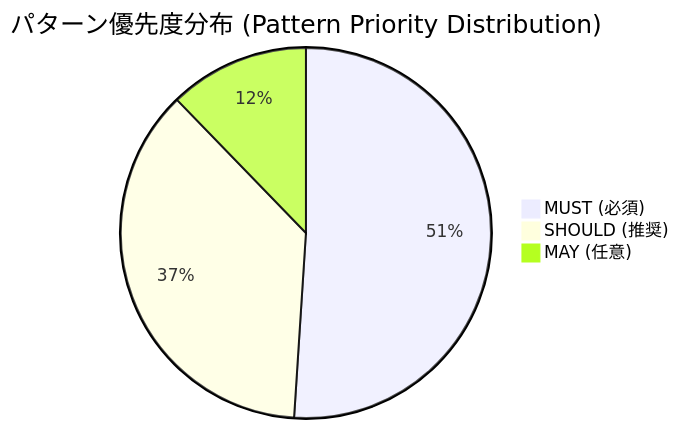
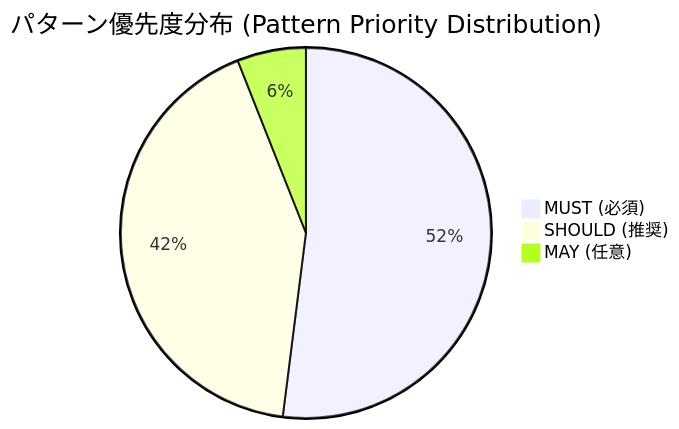
Before and after one commit to blitzy-public-samples/aws-carddemo-blitzy: the first of 2 diagrams in docs/code-style-catalog/index.md, drawn with Mermaid. The commit also changed other lines of this file and 1 other file, not shown here.

````diff
--- a/docs/code-style-catalog/index.md
+++ b/docs/code-style-catalog/index.md
@@ -40,6 +40,6 @@
 ```mermaid
 pie title パターン優先度分布 (Pattern Priority Distribution)
-    "MUST (必須)" : 25
-    "SHOULD (推奨)" : 18
-    "MAY (任意)" : 6
+    "MUST (必須)" : 26
+    "SHOULD (推奨)" : 21
+    "MAY (任意)" : 3
 ```
````
